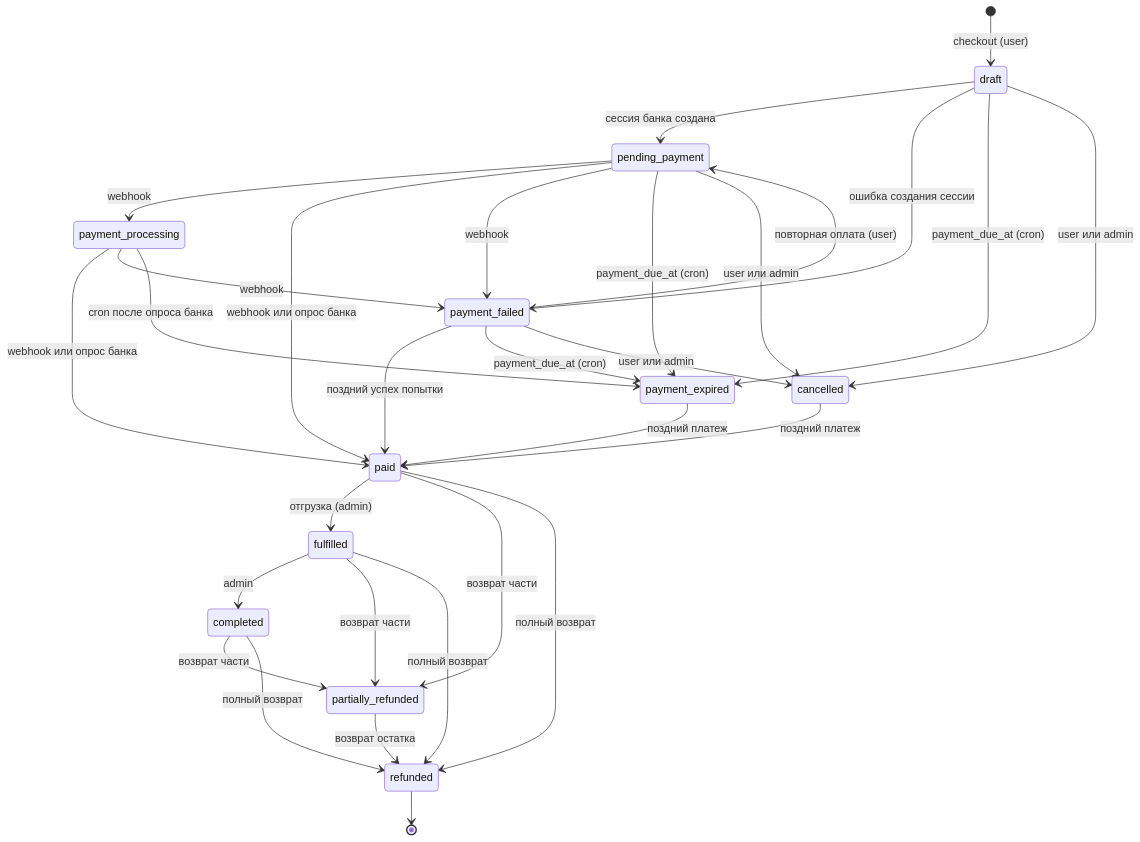
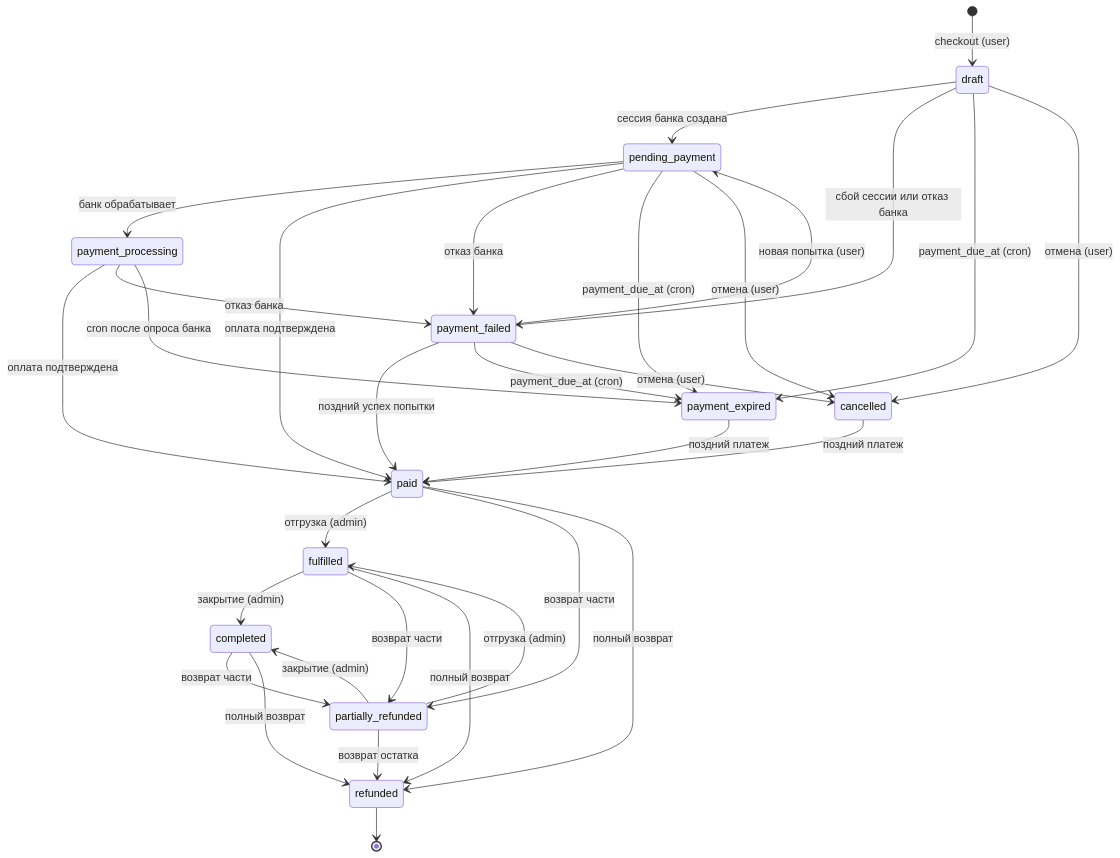
The third of 5 diagrams in docs/04-statuses.md (bomkot07/plan), drawn with Mermaid before and after one commit. The commit also changed other lines of this file and 22 other files, not shown here.

First line of the commit message:
WIP: finish v2 code fixes, algorithms doc and schema/status/architecture docs

````diff
--- a/docs/04-statuses.md
+++ b/docs/04-statuses.md
@@ -368,32 +364,34 @@
 ```mermaid
 stateDiagram-v2
     [*] --> draft : checkout (user)
     draft --> pending_payment : сессия банка создана
-    draft --> payment_failed : ошибка создания сессии
+    draft --> payment_failed : сбой сессии или отказ банка
     draft --> payment_expired : payment_due_at (cron)
-    draft --> cancelled : user или admin
-    pending_payment --> payment_processing : webhook
-    pending_payment --> paid : webhook или опрос банка
-    pending_payment --> payment_failed : webhook
+    draft --> cancelled : отмена (user)
+    pending_payment --> payment_processing : банк обрабатывает
+    pending_payment --> paid : оплата подтверждена
+    pending_payment --> payment_failed : отказ банка
     pending_payment --> payment_expired : payment_due_at (cron)
-    pending_payment --> cancelled : user или admin
-    payment_processing --> paid : webhook или опрос банка
-    payment_processing --> payment_failed : webhook
+    pending_payment --> cancelled : отмена (user)
+    payment_processing --> paid : оплата подтверждена
+    payment_processing --> payment_failed : отказ банка
     payment_processing --> payment_expired : cron после опроса банка
-    payment_failed --> pending_payment : повторная оплата (user)
+    payment_failed --> pending_payment : новая попытка (user)
     payment_failed --> paid : поздний успех попытки
     payment_failed --> payment_expired : payment_due_at (cron)
-    payment_failed --> cancelled : user или admin
+    payment_failed --> cancelled : отмена (user)
     payment_expired --> paid : поздний платеж
     cancelled --> paid : поздний платеж
     paid --> fulfilled : отгрузка (admin)
-    fulfilled --> completed : admin
+    fulfilled --> completed : закрытие (admin)
     paid --> partially_refunded : возврат части
     paid --> refunded : полный возврат
     fulfilled --> partially_refunded : возврат части
     fulfilled --> refunded : полный возврат
     completed --> partially_refunded : возврат части
     completed --> refunded : полный возврат
+    partially_refunded --> fulfilled : отгрузка (admin)
+    partially_refunded --> completed : закрытие (admin)
     partially_refunded --> refunded : возврат остатка
     refunded --> [*]
 ```
````
